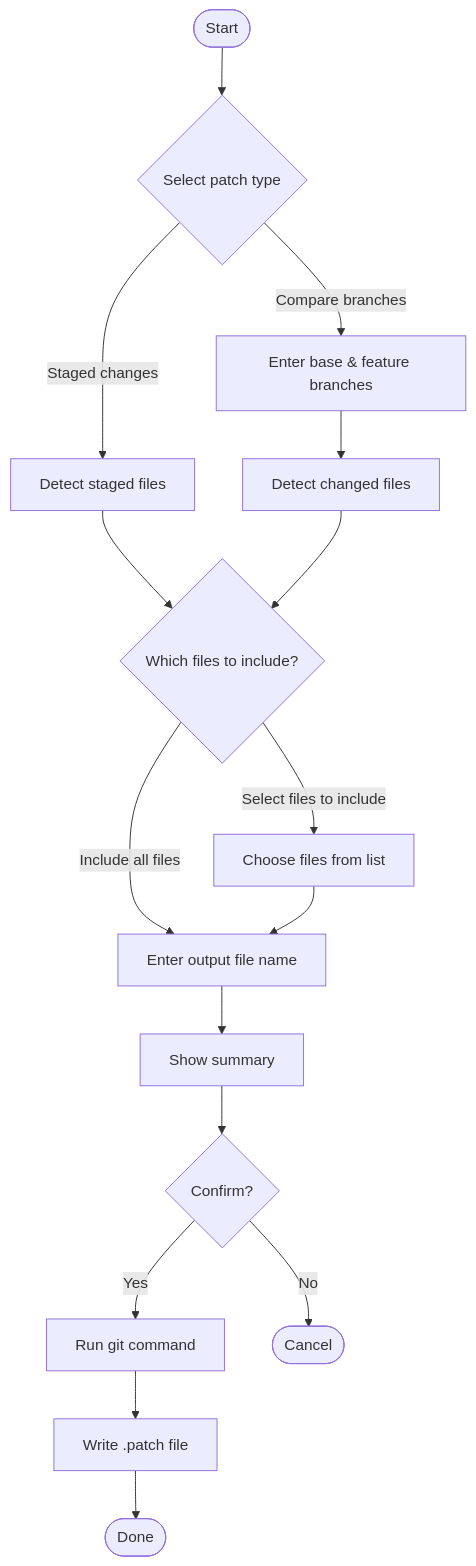
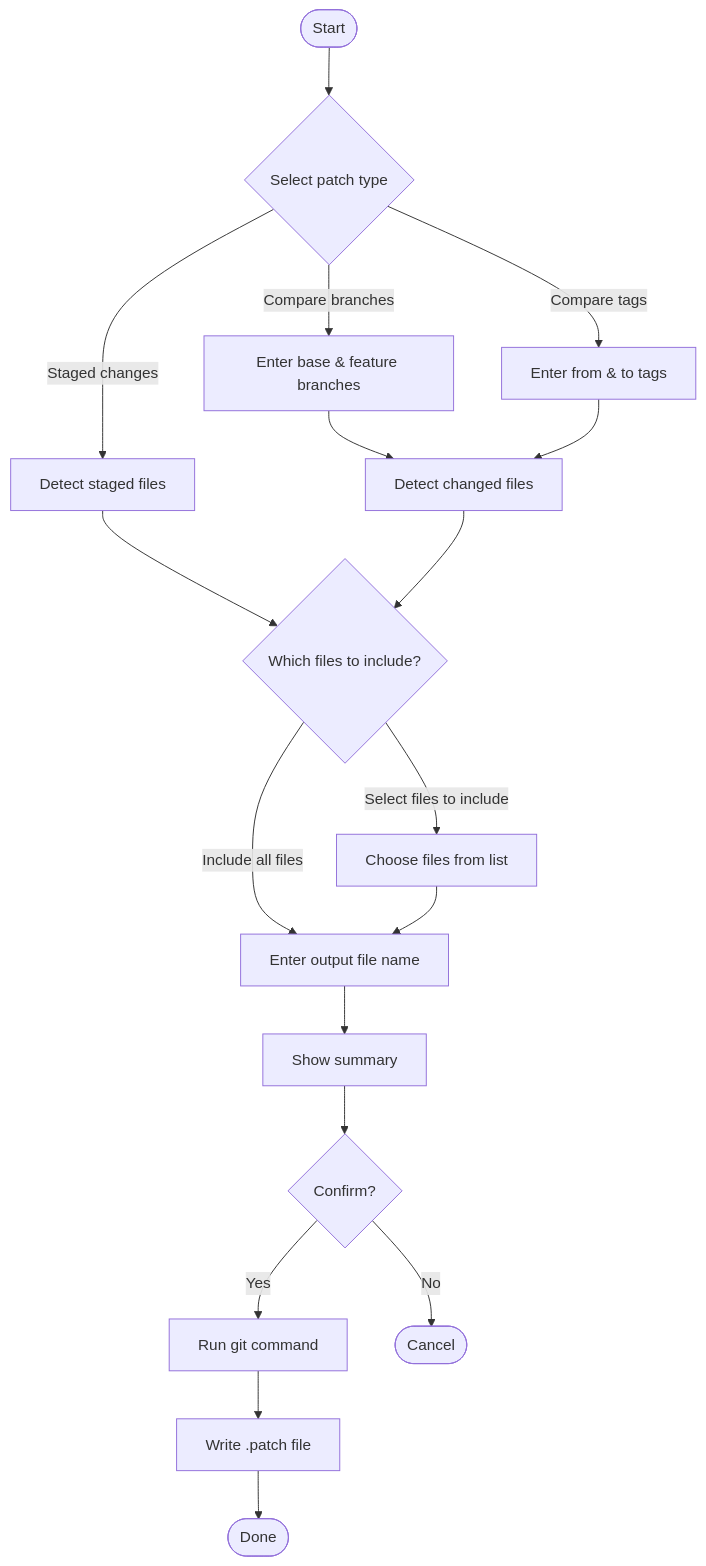
Before and after one commit to teles/patchgen: the diagram in README.md, drawn with Mermaid. The commit also changed other lines of this file and 12 other files, not shown here.

````diff
--- a/README.md
+++ b/README.md
@@ -156,18 +200,20 @@
 ```mermaid
 flowchart TD
     A([Start]) --> B{Select patch type}
     B -->|Staged changes| C[Detect staged files]
     B -->|Compare branches| D[Enter base & feature branches]
+    B -->|Compare tags| T[Enter from & to tags]
     D --> E[Detect changed files]
+    T --> E
     C --> F{Which files to include?}
     E --> F
     F -->|Include all files| G[Enter output file name]
     F -->|Select files to include| H[Choose files from list]
     H --> G
     G --> I[Show summary]
     I --> J{Confirm?}
     J -->|Yes| K[Run git command]
     J -->|No| L([Cancel])
     K --> M[Write .patch file]
     M --> N([Done])
 ```
````
